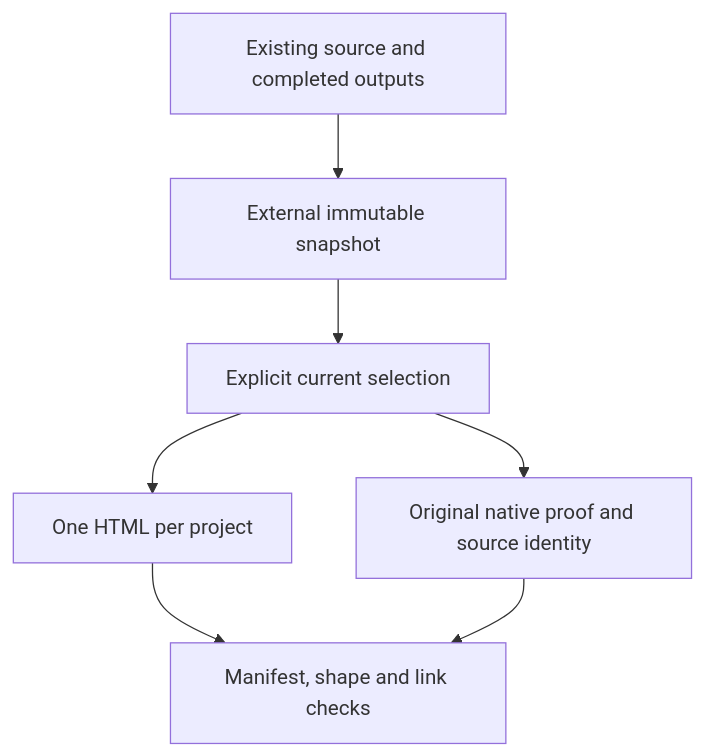
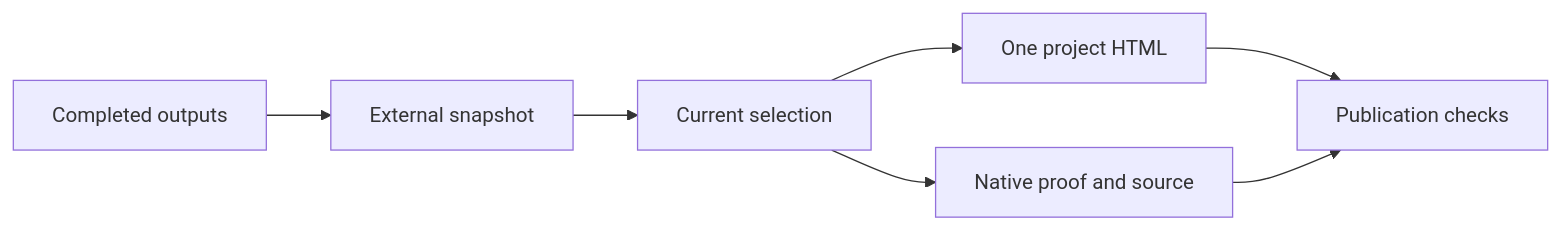
One commit to crististefanita/ATF_AI changed the diagram in docs/feedback/Artifact_Publication_And_History.md. Above: the diagram before and after it, drawn with Mermaid. The commit also changed other lines of this file and 111 other files, not shown here.

````diff
--- a/docs/feedback/Artifact_Publication_And_History.md
+++ b/docs/feedback/Artifact_Publication_And_History.md
@@ -52,9 +52,9 @@
 ```mermaid
-flowchart TB
-    Source["Existing source and completed outputs"] --> History["External immutable snapshot"]
-    History --> Choice["Explicit current selection"]
-    Choice --> Atlas["One HTML per project"]
-    Choice --> Proof["Original native proof and source identity"]
-    Atlas --> Guard["Manifest, shape and link checks"]
+flowchart LR
+    Source["Completed outputs"] --> History["External snapshot"]
+    History --> Choice["Current selection"]
+    Choice --> Atlas["One project HTML"]
+    Choice --> Proof["Native proof and source"]
+    Atlas --> Guard["Publication checks"]
     Proof --> Guard
 ```
````
